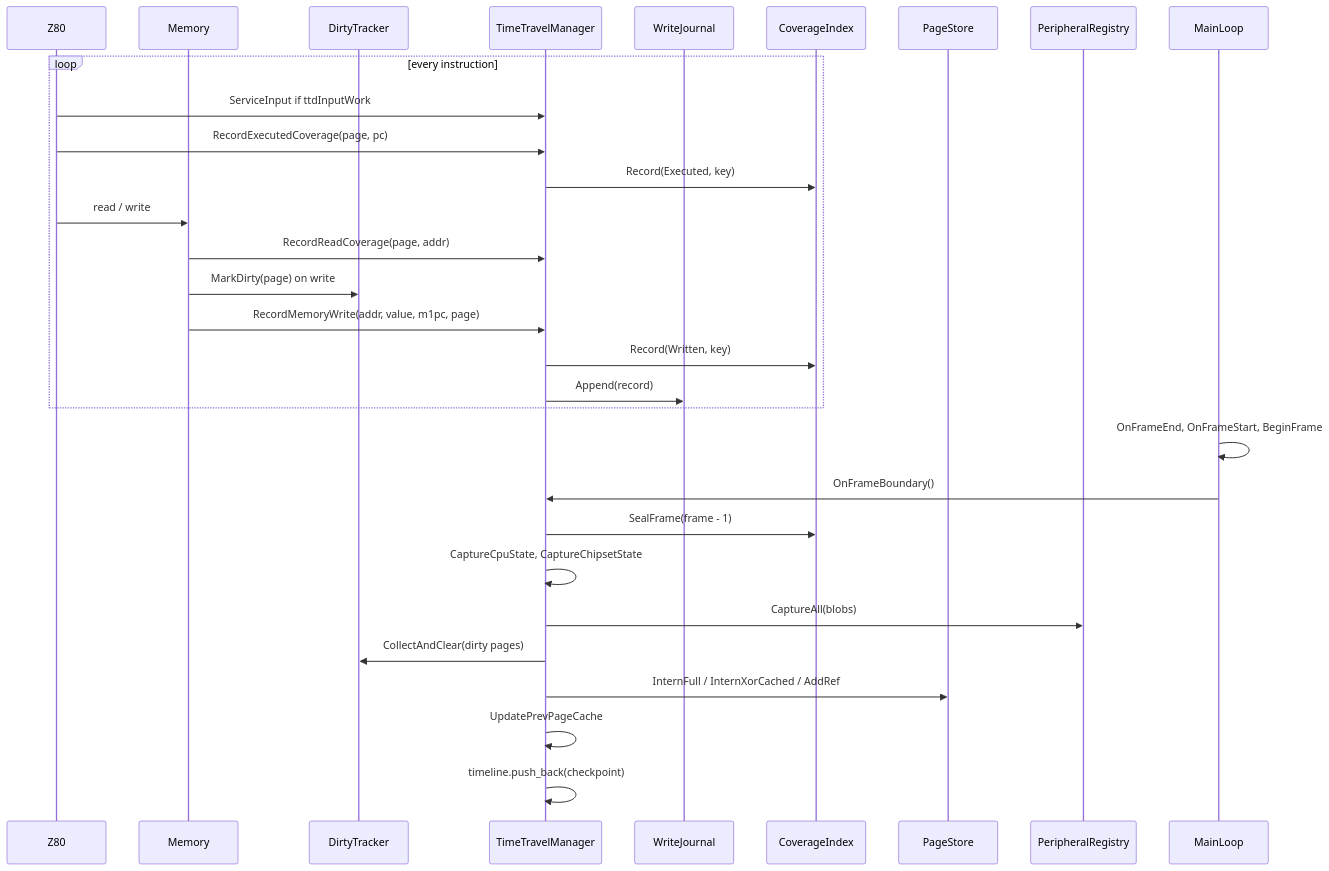
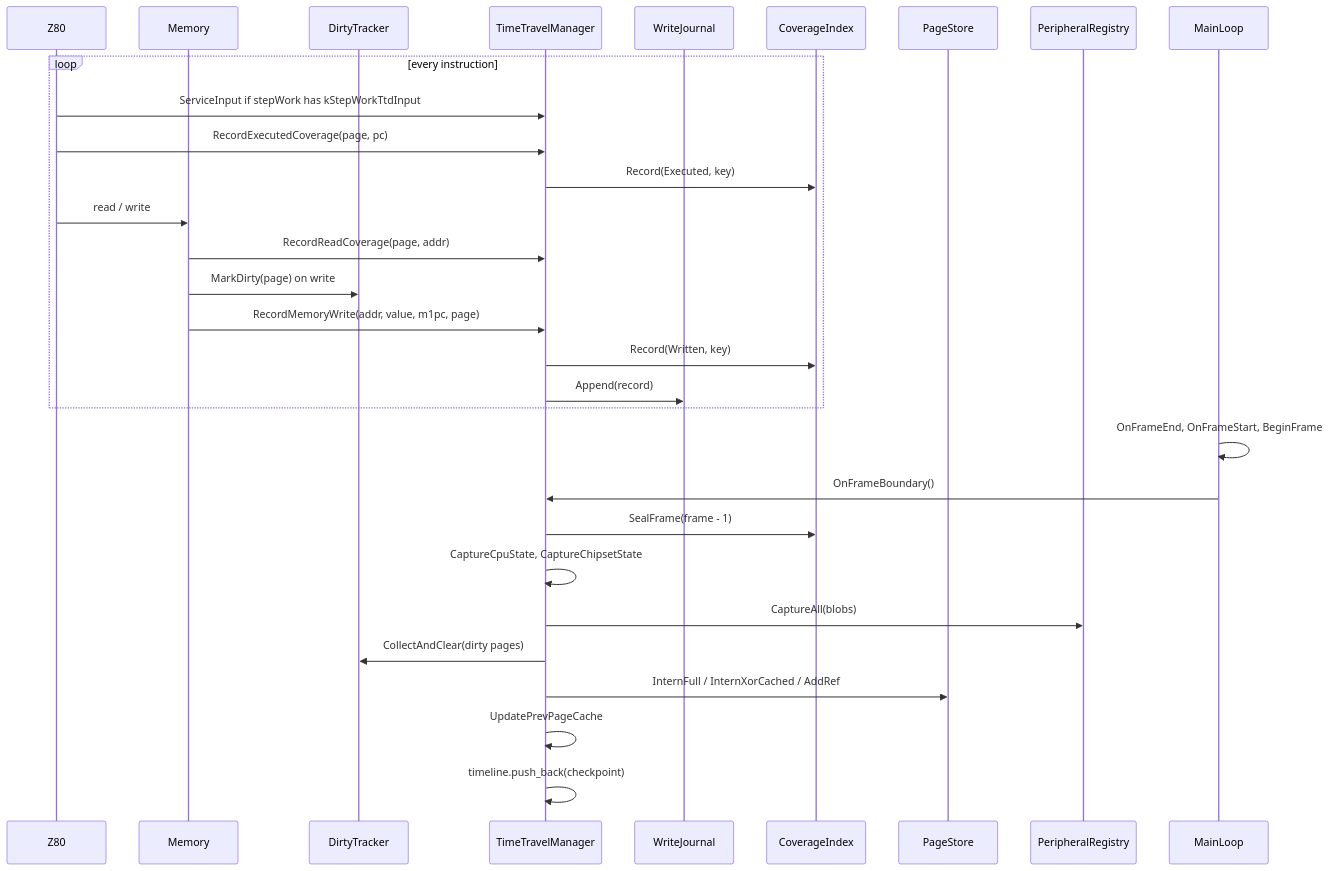
One commit to alfishe/unreal-ng changed the fourth of 9 diagrams in docs/emulator/design/debugger/time-travel-debug/ttd-v1-architecture-and-format.md. Above: the diagram before and after it, drawn with Mermaid. The commit also changed other lines of this file and 19 other files, not shown here.

First line of the commit message:
perf(core): one per-step work gate for TTD input and the machine hooks; performance guidelines

````diff
--- a/docs/emulator/design/debugger/time-travel-debug/ttd-v1-architecture-and-format.md
+++ b/docs/emulator/design/debugger/time-travel-debug/ttd-v1-architecture-and-format.md
@@ -414,32 +414,32 @@
 ```mermaid
 sequenceDiagram
     participant CPU as Z80
     participant MEM as Memory
     participant DT as DirtyTracker
     participant TM as TimeTravelManager
     participant WJ as WriteJournal
     participant COV as CoverageIndex
     participant PS as PageStore
     participant REG as PeripheralRegistry
     participant ML as MainLoop
     loop every instruction
-        CPU->>TM: ServiceInput if ttdInputWork
+        CPU->>TM: ServiceInput if stepWork has kStepWorkTtdInput
         CPU->>TM: RecordExecutedCoverage(page, pc)
         TM->>COV: Record(Executed, key)
         CPU->>MEM: read / write
         MEM->>TM: RecordReadCoverage(page, addr)
         MEM->>DT: MarkDirty(page) on write
         MEM->>TM: RecordMemoryWrite(addr, value, m1pc, page)
         TM->>COV: Record(Written, key)
         TM->>WJ: Append(record)
     end
     ML->>ML: OnFrameEnd, OnFrameStart, BeginFrame
     ML->>TM: OnFrameBoundary()
     TM->>COV: SealFrame(frame - 1)
     TM->>TM: CaptureCpuState, CaptureChipsetState
     TM->>REG: CaptureAll(blobs)
     TM->>DT: CollectAndClear(dirty pages)
     TM->>PS: InternFull / InternXorCached / AddRef
     TM->>TM: UpdatePrevPageCache
     TM->>TM: timeline.push_back(checkpoint)
 ```
````
